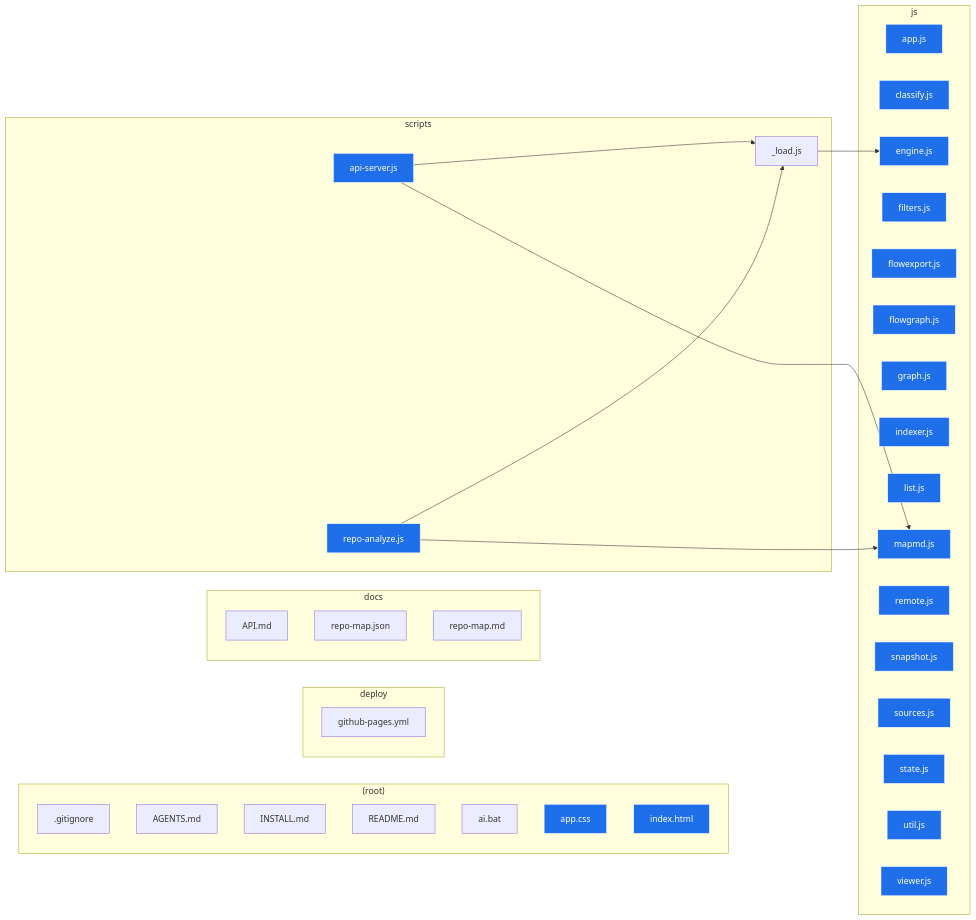
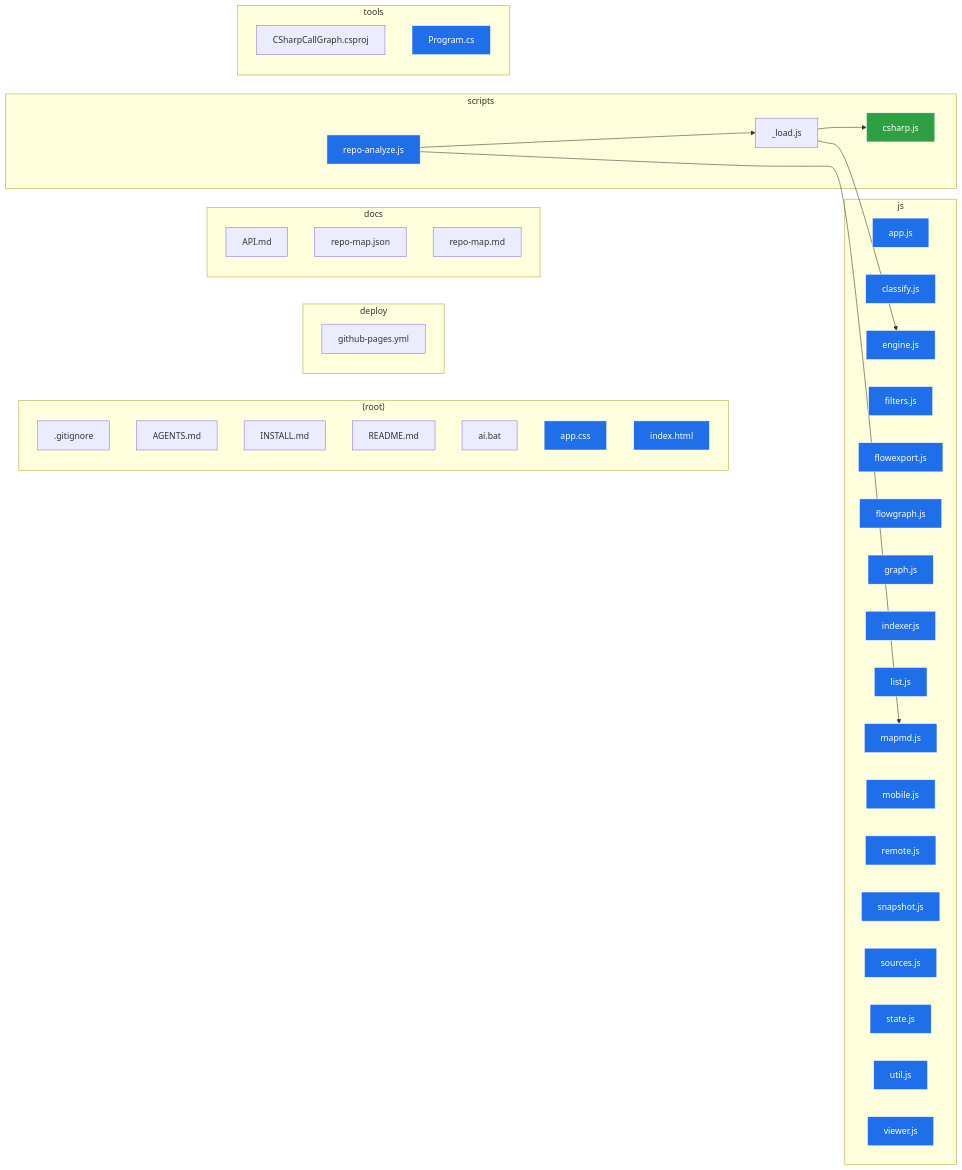
Before and after one commit to Deerpfy/repository-visualizer: the second of 2 diagrams in docs/repo-map.md, drawn with Mermaid. The commit also changed other lines of this file and 19 other files, not shown here.

````diff
--- a/docs/repo-map.md
+++ b/docs/repo-map.md
@@ -11,51 +709,55 @@
 ```mermaid
 flowchart LR
   classDef entry fill:#1f6feb,stroke:#fff,color:#fff;
   classDef terminal fill:#2ea043,stroke:#fff,color:#fff;
   classDef cycle fill:#e0556b,stroke:#fff,color:#fff;
   subgraph group____root_["(root)"]
     repository_visualizer__gitignore[".gitignore"]
     repository_visualizer_AGENTS_md["AGENTS.md"]
     repository_visualizer_INSTALL_md["INSTALL.md"]
     repository_visualizer_README_md["README.md"]
     repository_visualizer_ai_bat["ai.bat"]
     repository_visualizer_app_css["app.css"]:::entry
     repository_visualizer_index_html["index.html"]:::entry
   end
   subgraph group___deploy["deploy"]
     repository_visualizer_deploy_github_pages_yml["github-pages.yml"]
   end
   subgraph group___docs["docs"]
     repository_visualizer_docs_API_md["API.md"]
     repository_visualizer_docs_repo_map_json["repo-map.json"]
     repository_visualizer_docs_repo_map_md["repo-map.md"]
   end
   subgraph group___js["js"]
     repository_visualizer_js_app_js["app.js"]:::entry
     repository_visualizer_js_classify_js["classify.js"]:::entry
     repository_visualizer_js_engine_js["engine.js"]:::entry
     repository_visualizer_js_filters_js["filters.js"]:::entry
     repository_visualizer_js_flowexport_js["flowexport.js"]:::entry
     repository_visualizer_js_flowgraph_js["flowgraph.js"]:::entry
     repository_visualizer_js_graph_js["graph.js"]:::entry
     repository_visualizer_js_indexer_js["indexer.js"]:::entry
     repository_visualizer_js_list_js["list.js"]:::entry
     repository_visualizer_js_mapmd_js["mapmd.js"]:::entry
+    repository_visualizer_js_mobile_js["mobile.js"]:::entry
     repository_visualizer_js_remote_js["remote.js"]:::entry
     repository_visualizer_js_snapshot_js["snapshot.js"]:::entry
     repository_visualizer_js_sources_js["sources.js"]:::entry
     repository_visualizer_js_state_js["state.js"]:::entry
     repository_visualizer_js_util_js["util.js"]:::entry
     repository_visualizer_js_viewer_js["viewer.js"]:::entry
   end
   subgraph group___scripts["scripts"]
     repository_visualizer_scripts__load_js["_load.js"]
-    repository_visualizer_scripts_api_server_js["api-server.js"]:::entry
+    repository_visualizer_scripts_providers_csharp_js["csharp.js"]:::terminal
     repository_visualizer_scripts_repo_analyze_js["repo-analyze.js"]:::entry
   end
+  subgraph group___tools["tools"]
+    repository_visualizer_tools_CSharpCallGraph_CSharpCallGraph_csproj["CSharpCallGraph.csproj"]
+    repository_visualizer_tools_CSharpCallGraph_Program_cs["Program.cs"]:::entry
+  end
   repository_visualizer_scripts__load_js --> repository_visualizer_js_engine_js
-  repository_visualizer_scripts_api_server_js --> repository_visualizer_js_mapmd_js
-  repository_visualizer_scripts_api_server_js --> repository_visualizer_scripts__load_js
+  repository_visualizer_scripts__load_js --> repository_visualizer_scripts_providers_csharp_js
   repository_visualizer_scripts_repo_analyze_js --> repository_visualizer_js_mapmd_js
   repository_visualizer_scripts_repo_analyze_js --> repository_visualizer_scripts__load_js
 ```
````
